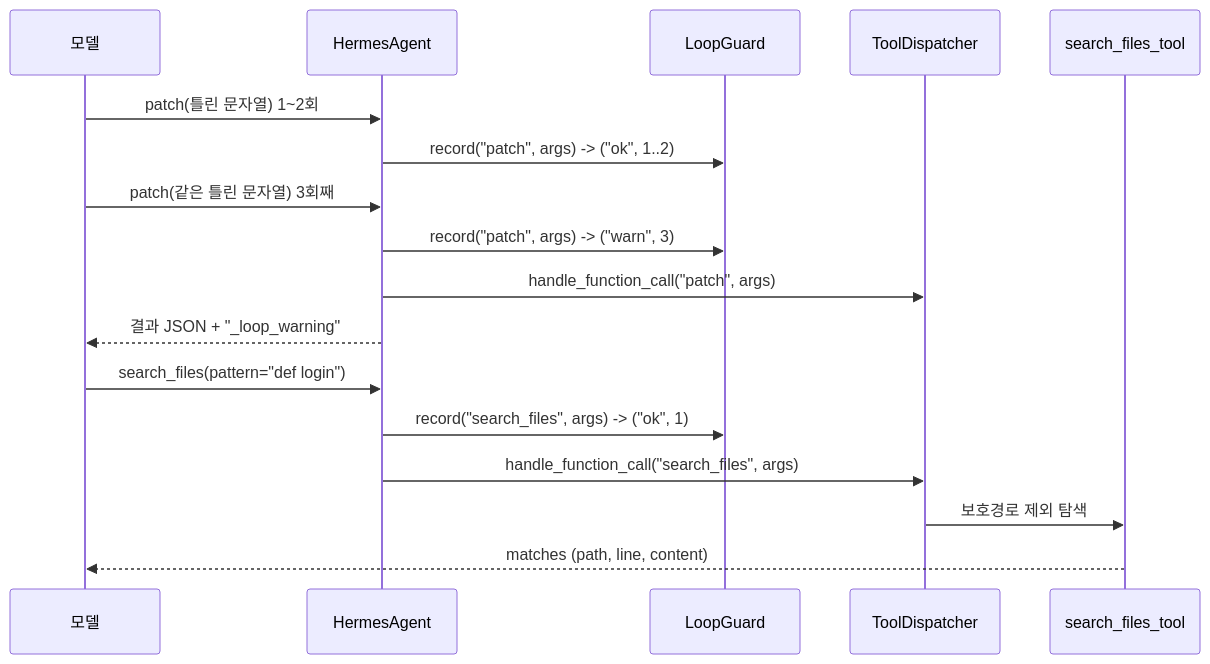
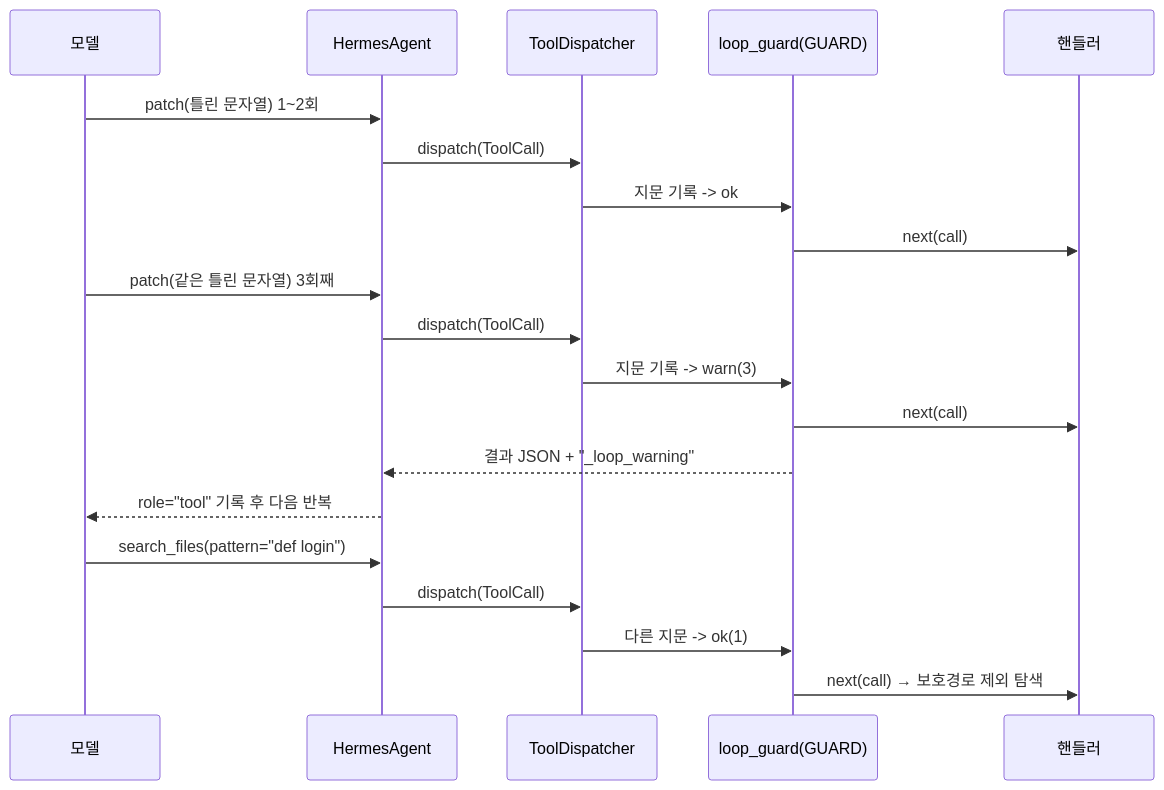
One commit to RadiantCitron/hermes-agent-study changed the fourth of 4 diagrams in docs/로드맵/17-루프-정체-감지-자가-교정-MVP/ROADMAP.md. Above: the diagram before and after it, drawn with Mermaid. The commit also changed other lines of this file, not shown here.

First line of the commit message:
docs(roadmap): R17-PLAN - 17 ROADMAP.md를 16 계약 기준으로 재작성 (GUARD 내장 확장 그림·파급 범위·위험 7~9·§6-2)

````diff
--- a/docs/로드맵/17-루프-정체-감지-자가-교정-MVP/ROADMAP.md
+++ b/docs/로드맵/17-루프-정체-감지-자가-교정-MVP/ROADMAP.md
@@ -111,20 +118,23 @@
 ```mermaid
 %%{init: {"themeVariables": {"fontSize": "8px"}}}%%
 sequenceDiagram
   participant LLM as 모델
   participant AG as HermesAgent
-  participant LG as LoopGuard
   participant DP as ToolDispatcher
-  participant FT as search_files_tool
+  participant LG as loop_guard(GUARD)
+  participant FT as 핸들러
   LLM->>AG: patch(틀린 문자열) 1~2회
-  AG->>LG: record("patch", args) -> ("ok", 1..2)
+  AG->>DP: dispatch(ToolCall)
+  DP->>LG: 지문 기록 -> ok
+  LG->>FT: next(call)
   LLM->>AG: patch(같은 틀린 문자열) 3회째
-  AG->>LG: record("patch", args) -> ("warn", 3)
-  AG->>DP: handle_function_call("patch", args)
-  AG-->>LLM: 결과 JSON + "_loop_warning"
+  AG->>DP: dispatch(ToolCall)
+  DP->>LG: 지문 기록 -> warn(3)
+  LG->>FT: next(call)
+  LG-->>AG: 결과 JSON + "_loop_warning"
+  AG-->>LLM: role="tool" 기록 후 다음 반복
   LLM->>AG: search_files(pattern="def login")
-  AG->>LG: record("search_files", args) -> ("ok", 1)
-  AG->>DP: handle_function_call("search_files", args)
-  DP->>FT: 보호경로 제외 탐색
-  FT-->>LLM: matches (path, line, content)
+  AG->>DP: dispatch(ToolCall)
+  DP->>LG: 다른 지문 -> ok(1)
+  LG->>FT: next(call) → 보호경로 제외 탐색
 ```
````
